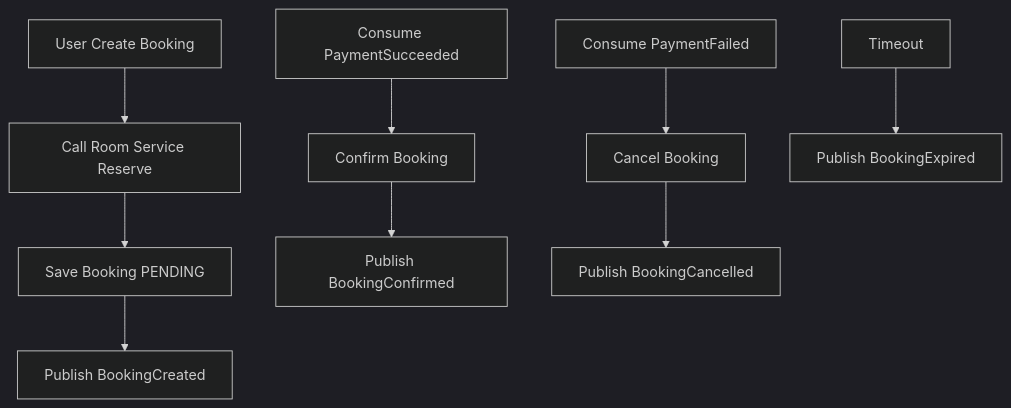
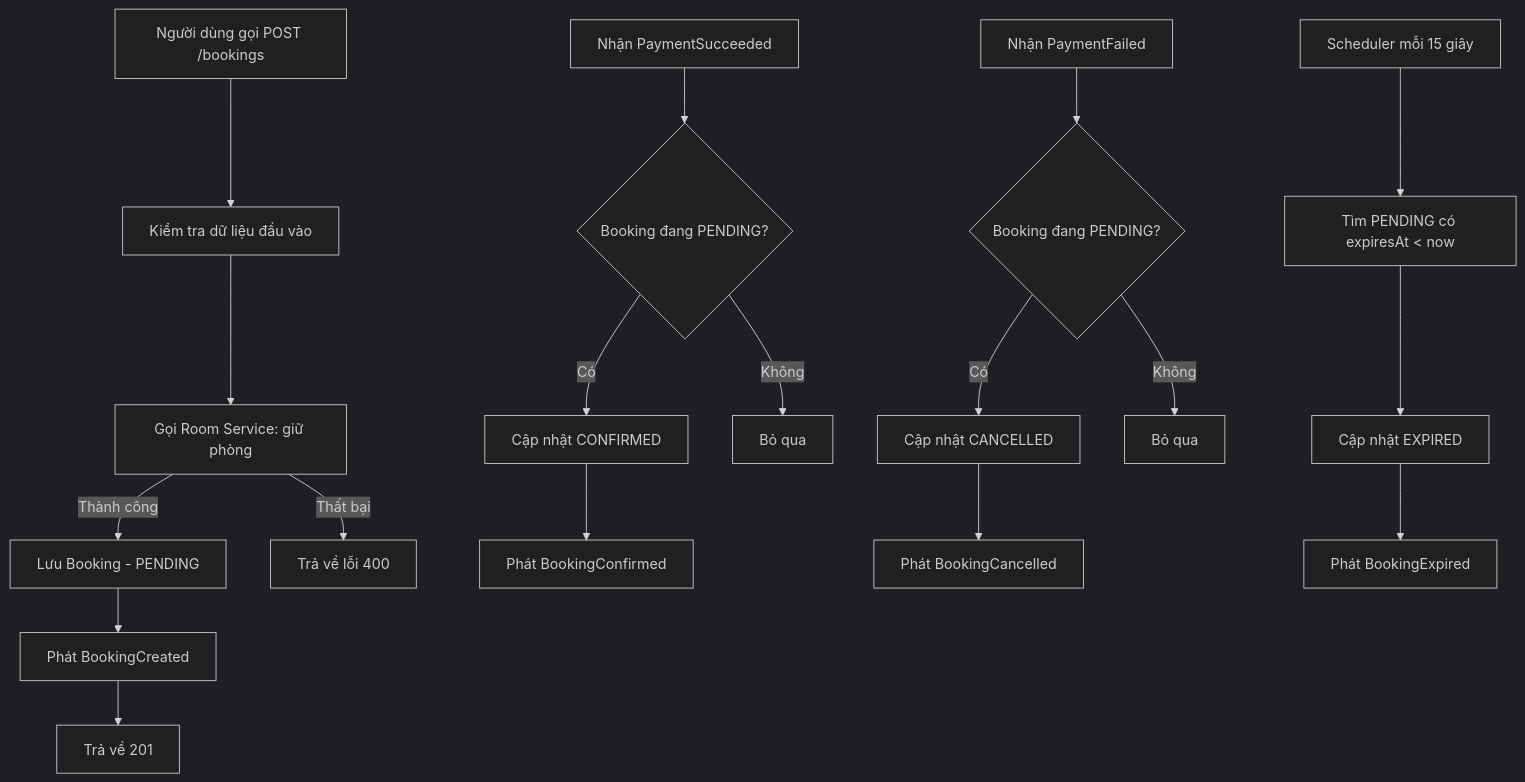
Before and after one commit to bangit14/WebBanHang-Project: the third of 6 diagrams in analysis-and-design-ddd.md, drawn with Mermaid (dark theme). The commit also changed other lines of this file, not shown here.

````diff
--- a/analysis-and-design-ddd.md
+++ b/analysis-and-design-ddd.md
@@ -196,14 +262,23 @@
 ```mermaid
 flowchart TD
-    A[User Create Booking] --> B[Call Room Service Reserve]
-    B --> C[Save Booking PENDING]
-    C --> D[Publish BookingCreated]
+    A[Người dùng gọi POST /bookings] --> B[Kiểm tra dữ liệu đầu vào]
+    B --> C[Gọi Room Service: giữ phòng]
+    C -->|Thành công| D[Lưu Booking - PENDING]
+    C -->|Thất bại| E[Trả về lỗi 400]
+    D --> F[Phát BookingCreated]
+    F --> G[Trả về 201]
 
-    E[Consume PaymentSucceeded] --> F[Confirm Booking]
-    F --> G[Publish BookingConfirmed]
+    H[Nhận PaymentSucceeded] --> I{Booking đang PENDING?}
+    I -->|Có| J[Cập nhật CONFIRMED]
+    J --> K[Phát BookingConfirmed]
+    I -->|Không| L[Bỏ qua]
 
-    H[Consume PaymentFailed] --> I[Cancel Booking]
-    I --> J[Publish BookingCancelled]
+    M[Nhận PaymentFailed] --> N{Booking đang PENDING?}
+    N -->|Có| O[Cập nhật CANCELLED]
+    O --> P[Phát BookingCancelled]
+    N -->|Không| Q[Bỏ qua]
 
-    K[Timeout] --> L[Publish BookingExpired]
+    R[Scheduler mỗi 15 giây] --> S[Tìm PENDING có expiresAt < now]
+    S --> T[Cập nhật EXPIRED]
+    T --> U[Phát BookingExpired]
 ```
````
